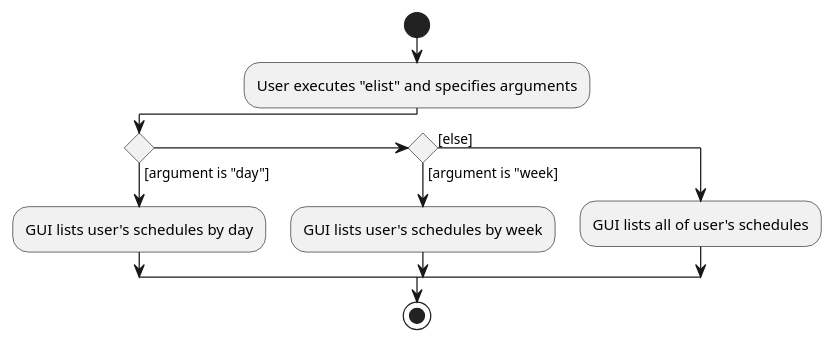
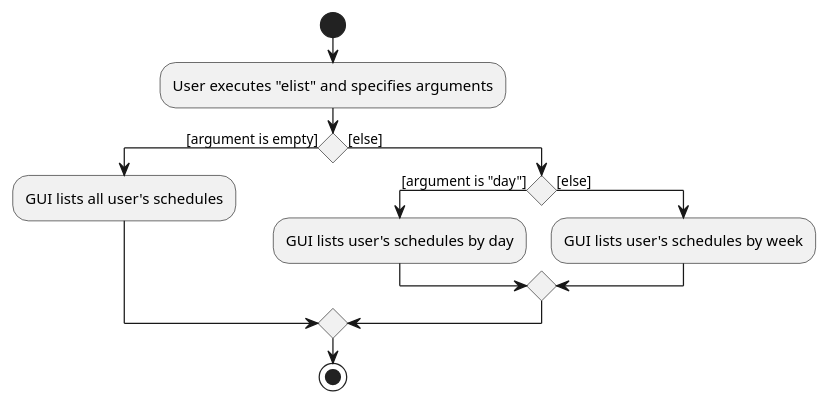
The diagram in docs/diagrams/ListEntryActivityDiagram.puml (nus-cs2103-AY2021S2/tp), drawn with PlantUML before and after one commit. The commit also changed 1 other file, not shown here.

Commit message:
Include modifies activity diagram

```diff
--- a/docs/diagrams/ListEntryActivityDiagram.puml
+++ b/docs/diagrams/ListEntryActivityDiagram.puml
@@ -1,16 +1,15 @@
 @startuml
 start
 :User executes "elist" and specifies arguments;
 
-'Since the beta syntax does not support placing the condition outside the
-'diamond we place it as the true branch instead.
-
-if () then ([argument is "day"])
-    :GUI lists user's schedules by day;
-elseif () then ([argument is "week])
-    :GUI lists user's schedules by week;
+if () then ([argument is empty])
+    :GUI lists all user's schedules;
 else ([else])
-    :GUI lists all of user's schedules;
+    if () then ([argument is "day"])
+        :GUI lists user's schedules by day;
+    else ([else])
+        :GUI lists user's schedules by week;
+    endif
 endif
 stop
 @enduml
```
